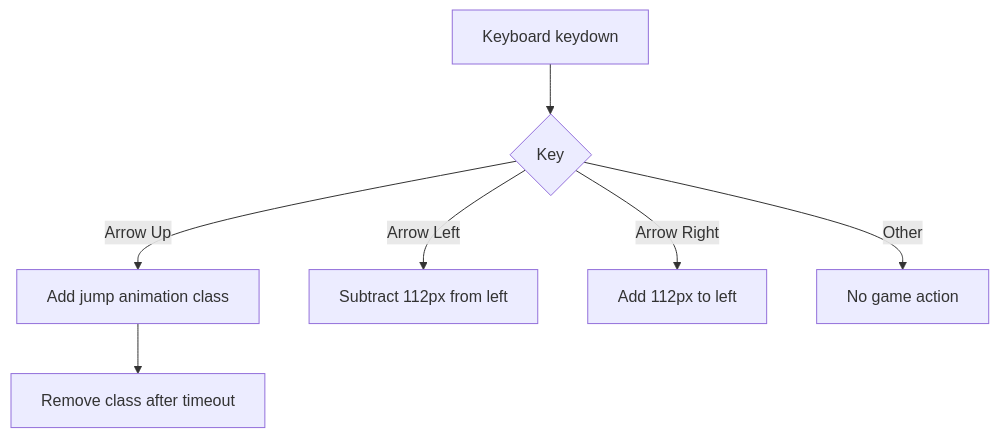
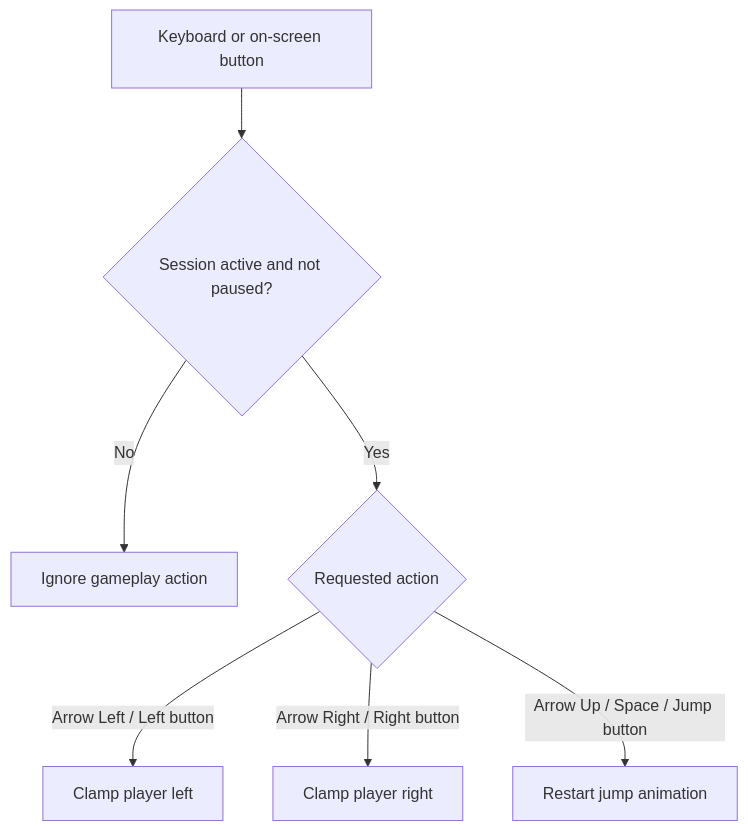
One commit to Brajesh31/Chota-Bheem-Adventure-game changed the diagram in docs/diagrams/input-flow.mmd. Above: the diagram before and after it, drawn with Mermaid.

Commit message:
docs: refresh docs/diagrams/input-flow.mmd

```diff
--- a/docs/diagrams/input-flow.mmd
+++ b/docs/diagrams/input-flow.mmd
@@ -1,7 +1,7 @@
 flowchart TD
-  A[Keyboard keydown] --> B{Key}
-  B -->|Arrow Up| C[Add jump animation class]
-  C --> D[Remove class after timeout]
-  B -->|Arrow Left| E[Subtract 112px from left]
-  B -->|Arrow Right| F[Add 112px to left]
-  B -->|Other| G[No game action]
+  A[Keyboard or on-screen button] --> B{Session active and not paused?}
+  B -->|No| C[Ignore gameplay action]
+  B -->|Yes| D{Requested action}
+  D -->|Arrow Left / Left button| E[Clamp player left]
+  D -->|Arrow Right / Right button| F[Clamp player right]
+  D -->|Arrow Up / Space / Jump button| G[Restart jump animation]
```
